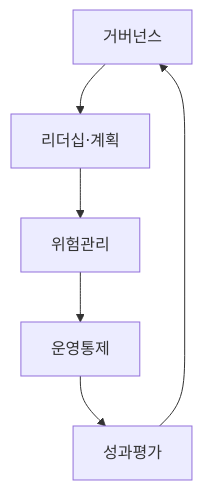
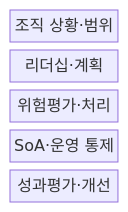
Before and after one commit to agnusdei1207/knowledge-base: the first of 2 diagrams in src/content/docs/notes/05-security/105_iso_27001.md, drawn with Mermaid. The commit also changed other lines of this file and 6 other files, not shown here.

````diff
--- a/src/content/docs/notes/05-security/105_iso_27001.md
+++ b/src/content/docs/notes/05-security/105_iso_27001.md
@@ -50,8 +53,9 @@
 ```mermaid
-flowchart TB
-  G["거버넌스"] --> L["리더십·계획"]
-  L --> R["위험관리"]
-  R --> O["운영통제"]
-  O --> E["성과평가"]
-  E --> G
+block-beta
+  columns 1
+  C["조직 상황·범위"]
+  L["리더십·계획"]
+  R["위험평가·처리"]
+  O["SoA·운영 통제"]
+  E["성과평가·개선"]
 ```
````
